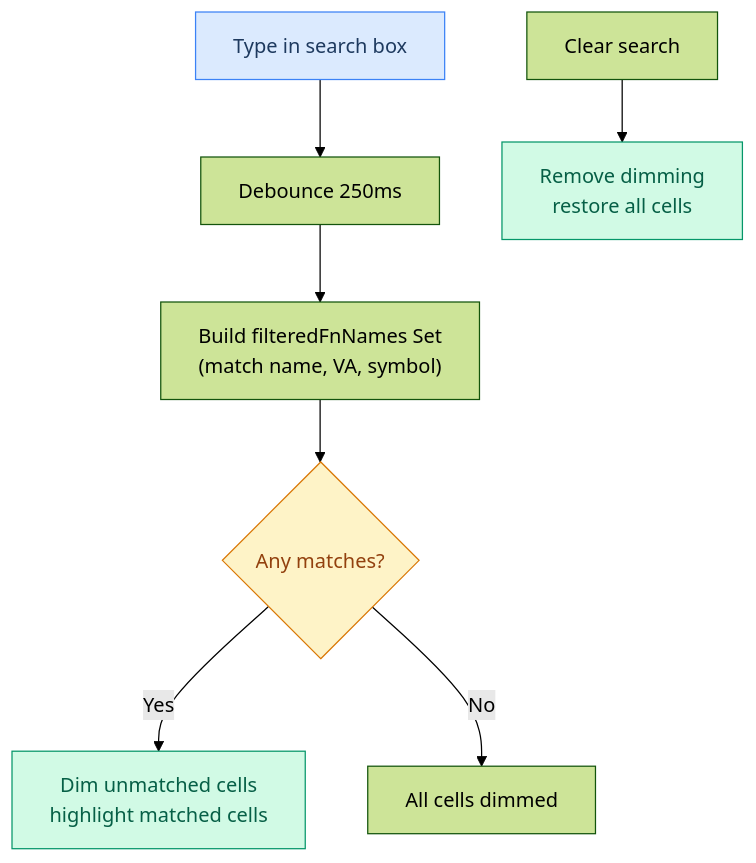
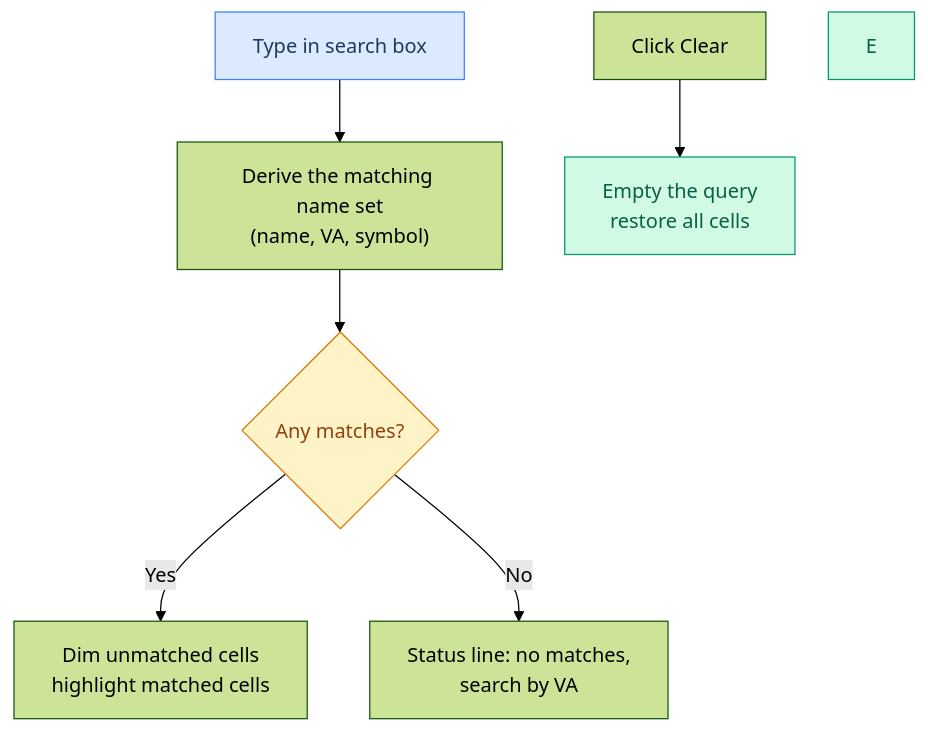
One commit to maci0/recoverage changed the fifth of 18 diagrams in docs/USER_STORIES.md. Above: the diagram before and after it, drawn with Mermaid (forest theme). The commit also changed other lines of this file and 6 other files, not shown here.

````diff
--- a/docs/USER_STORIES.md
+++ b/docs/USER_STORIES.md
@@ -167,15 +166,14 @@
 ```mermaid
 graph TD
-    A["Type in search box"] --> B["Debounce 250ms"]
-    B --> C["Build filteredFnNames Set<br/>(match name, VA, symbol)"]
-    C --> D{"Any matches?"}
-    D -->|Yes| E["Dim unmatched cells<br/>highlight matched cells"]
-    D -->|No| F["All cells dimmed"]
+    A["Type in search box"] --> B["Derive the matching name set<br/>(name, VA, symbol)"]
+    B --> C{"Any matches?"}
+    C -->|Yes| D["Dim unmatched cells<br/>highlight matched cells"]
+    C -->|No| F["Status line: no matches,<br/>search by VA"]
 
-    G["Clear search"] --> H["Remove dimming<br/>restore all cells"]
+    G["Click Clear"] --> H["Empty the query<br/>restore all cells"]
 
     style A fill:#dbeafe,stroke:#3b82f6,color:#1e3a5f
     style E fill:#d1fae5,stroke:#059669,color:#065f46
     style H fill:#d1fae5,stroke:#059669,color:#065f46
-    style D fill:#fef3c7,stroke:#d97706,color:#92400e
+    style C fill:#fef3c7,stroke:#d97706,color:#92400e
 ```
````
